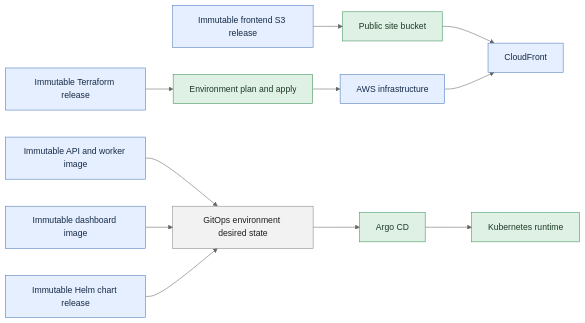
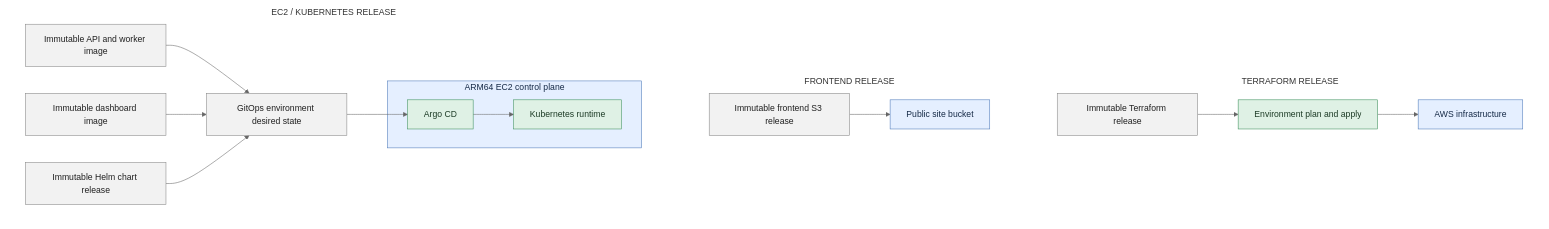
Before and after one commit to winrates-gg/wrgg-public-documentation: the third of 3 diagrams in docs/ci-cd.md, drawn with Mermaid (neutral theme). The commit also changed other lines of this file, not shown here.

Commit message:
Testing CD diagram rendering

````diff
--- a/docs/ci-cd.md
+++ b/docs/ci-cd.md
@@ -102,22 +102,38 @@
 ```mermaid
-flowchart LR
-    TerraformArtifact["Immutable Terraform release"] --> TerraformApply["Environment plan and apply"] --> AWS["AWS infrastructure"]
+flowchart TB
+    subgraph TerraformLane["TERRAFORM RELEASE"]
+        direction LR
+        TerraformArtifact["Immutable Terraform release"] --> TerraformApply["Environment plan and apply"] --> AWSInfra["AWS infrastructure"]
+    end
 
-    FrontendArtifact["Immutable frontend S3 release"] --> SiteBucket["Public site bucket"] --> CloudFront["CloudFront"]
-    AWS --> CloudFront
+    subgraph FrontendLane["FRONTEND RELEASE"]
+        direction LR
+        FrontendArtifact["Immutable frontend S3 release"] --> SiteBucket["Public site bucket"]
+    end
 
-    BackendArtifact["Immutable API and worker image"] --> Desired["GitOps environment desired state"]
-    DashboardArtifact["Immutable dashboard image"] --> Desired
-    ChartArtifact["Immutable Helm chart release"] --> Desired
-    Desired --> Argo["Argo CD"] --> Runtime["Kubernetes runtime"]
+    subgraph RuntimeLane["EC2 / KUBERNETES RELEASE"]
+        direction LR
+        BackendArtifact["Immutable API and worker image"] --> Desired["GitOps environment desired state"]
+        DashboardArtifact["Immutable dashboard image"] --> Desired
+        ChartArtifact["Immutable Helm chart release"] --> Desired
+        Desired --> Argo["Argo CD"]
 
-    classDef artifact fill:#e5efff,stroke:#4c78b8,color:#162a47
+        subgraph ControlPlane["ARM64 EC2 control plane"]
+            Argo --> Runtime["Kubernetes runtime"]
+        end
+    end
+
+    classDef release fill:#f2f2f2,stroke:#858585,color:#202020
     classDef delivery fill:#dff1e5,stroke:#3b8f5a,color:#1d3b26
     classDef aws fill:#e5efff,stroke:#4c78b8,color:#162a47
     classDef neutral fill:#f2f2f2,stroke:#858585,color:#202020
 
-    class TerraformArtifact,FrontendArtifact,BackendArtifact,DashboardArtifact,ChartArtifact artifact
-    class TerraformApply,SiteBucket,Argo,Runtime delivery
-    class AWS,CloudFront aws
+    class TerraformArtifact,FrontendArtifact,BackendArtifact,DashboardArtifact,ChartArtifact release
+    class TerraformApply delivery
+    class AWSInfra,SiteBucket,ControlPlane aws
+    class Argo,Runtime delivery
     class Desired neutral
+    style TerraformLane fill:none,stroke:none
+    style FrontendLane fill:none,stroke:none
+    style RuntimeLane fill:none,stroke:none
 ```
````
